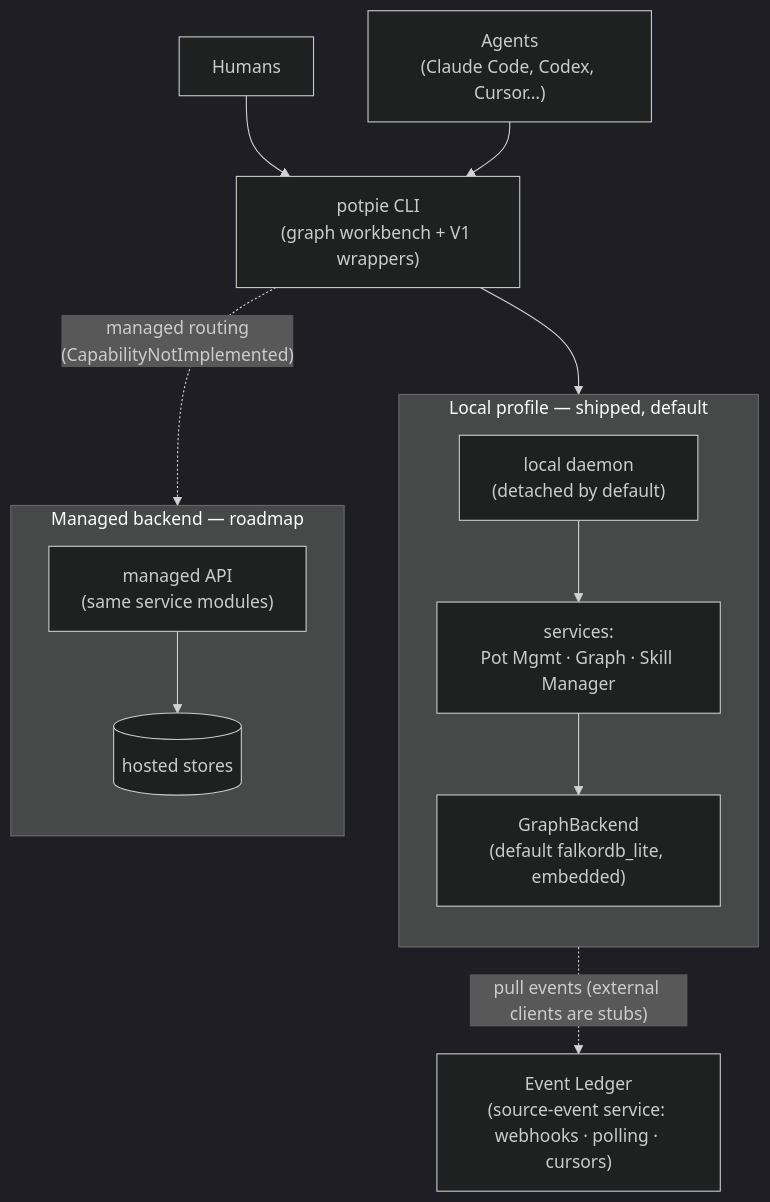
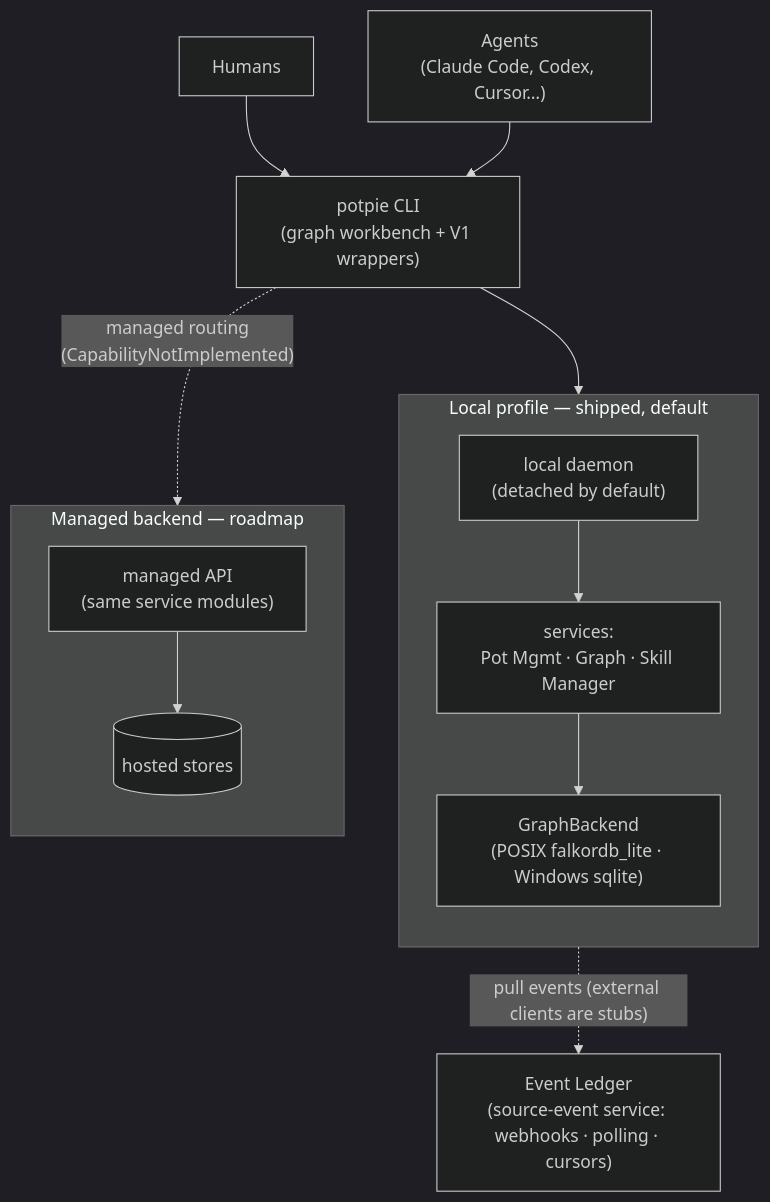
The diagram in docs/context-graph/README.md (potpie-ai/potpie), drawn with Mermaid (dark theme) before and after one commit. The commit also changed other lines of this file and 27 other files, not shown here.

Commit message:
Add Windows SQLite vector backend

````diff
--- a/docs/context-graph/README.md
+++ b/docs/context-graph/README.md
@@ -15,30 +15,30 @@
 ```mermaid
 flowchart TB
   cg_human["Humans"]
   cg_agent["Agents<br/>(Claude Code, Codex, Cursor…)"]
   cg_cli["potpie CLI<br/>(graph workbench + V1 wrappers)"]
 
   cg_human --> cg_cli
   cg_agent --> cg_cli
 
   subgraph cg_local["Local profile — shipped, default"]
     direction TB
     cg_daemon["local daemon<br/>(detached by default)"]
     cg_services["services:<br/>Pot Mgmt · Graph · Skill Manager"]
-    cg_backend["GraphBackend<br/>(default falkordb_lite, embedded)"]
+    cg_backend["GraphBackend<br/>(POSIX falkordb_lite · Windows sqlite)"]
     cg_daemon --> cg_services --> cg_backend
   end
 
   subgraph cg_managed["Managed backend — roadmap"]
     direction TB
     cg_api["managed API<br/>(same service modules)"]
     cg_hosted[("hosted stores")]
     cg_api --> cg_hosted
   end
 
   cg_ledger["Event Ledger<br/>(source-event service: webhooks · polling · cursors)"]
 
   cg_cli --> cg_daemon
   cg_cli -. "managed routing<br/>(CapabilityNotImplemented)" .-> cg_api
   cg_services -. "pull events (external clients are stubs)" .-> cg_ledger
 ```
````
